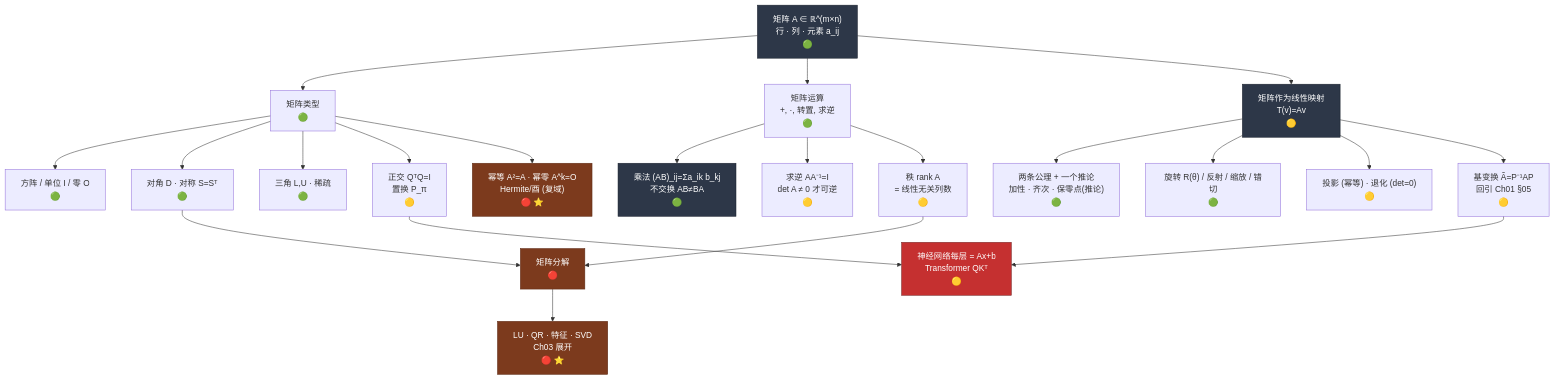
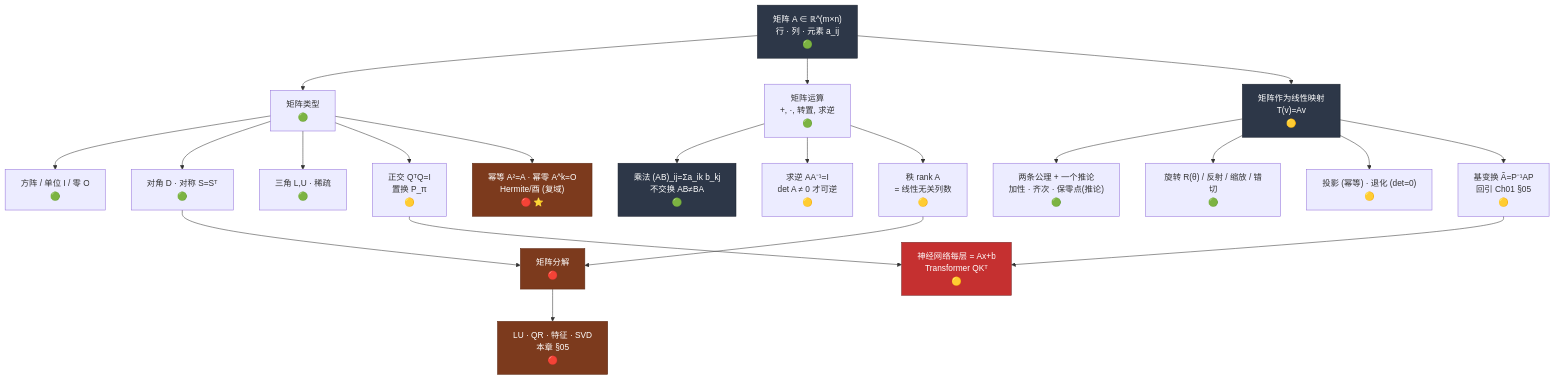
One commit to godlockin/maths-cs-ai-compendium changed the diagram in zh/教辅/信息图/第02章.md. Above: the diagram before and after it, drawn with Mermaid. The commit also changed other lines of this file and 13 other files, not shown here.

````diff
--- a/zh/教辅/信息图/第02章.md
+++ b/zh/教辅/信息图/第02章.md
@@ -9,66 +9,66 @@
 ```mermaid
 flowchart TB
     A["矩阵 A ∈ ℝ^(m×n)
 行 · 列 · 元素 a_ij
 🟢"] --> B["矩阵类型
 🟢"]
     A --> C["矩阵运算
 +, ·, 转置, 求逆
 🟢"]
     A --> D["矩阵作为线性映射
 T(v)=Av
 🟡"]
 
     B --> B1["方阵 / 单位 I / 零 O
 🟢"]
     B --> B2["对角 D · 对称 S=Sᵀ
 🟢"]
     B --> B3["三角 L,U · 稀疏
 🟢"]
     B --> B4["正交 QᵀQ=I
 置换 P_π
 🟡"]
     B --> B5["幂等 A²=A · 幂零 A^k=O
 Hermite/酉 (复域)
 🔴 ⭐"]
 
     C --> C1["乘法 (AB)_ij=Σa_ik b_kj
 不交换 AB≠BA
 🟢"]
     C --> C2["求逆 AA⁻¹=I
 det A ≠ 0 才可逆
 🟡"]
     C --> C3["秩 rank A
 = 线性无关列数
 🟡"]
 
     D --> D1["两条公理 + 一个推论
 加性 · 齐次 · 保零点(推论)
 🟢"]
     D --> D2["旋转 R(θ) / 反射 / 缩放 / 错切
 🟢"]
     D --> D3["投影 (幂等) · 退化 (det=0)
 🟡"]
     D --> D4["基变换 Ã=P⁻¹AP
 回引 Ch01 §05
 🟡"]
 
     B2 --> E["矩阵分解
 🔴"]
     C3 --> E
     E --> E1["LU · QR · 特征 · SVD
-Ch03 展开
-🔴 ⭐"]
+本章 §05
+🔴"]
 
     D4 --> ML["神经网络每层 = Ax+b
 Transformer QKᵀ
 🟡"]
     B4 --> ML
 
     classDef core fill:#2d3748,color:#fff,stroke:#1a202c
     classDef ml fill:#c53030,color:#fff,stroke:#742a2a
     classDef adv fill:#7c3a1d,color:#fff,stroke:#5c2a15
     class A,C1,D core
     class ML ml
     class E,E1,B5 adv
 ```
````
